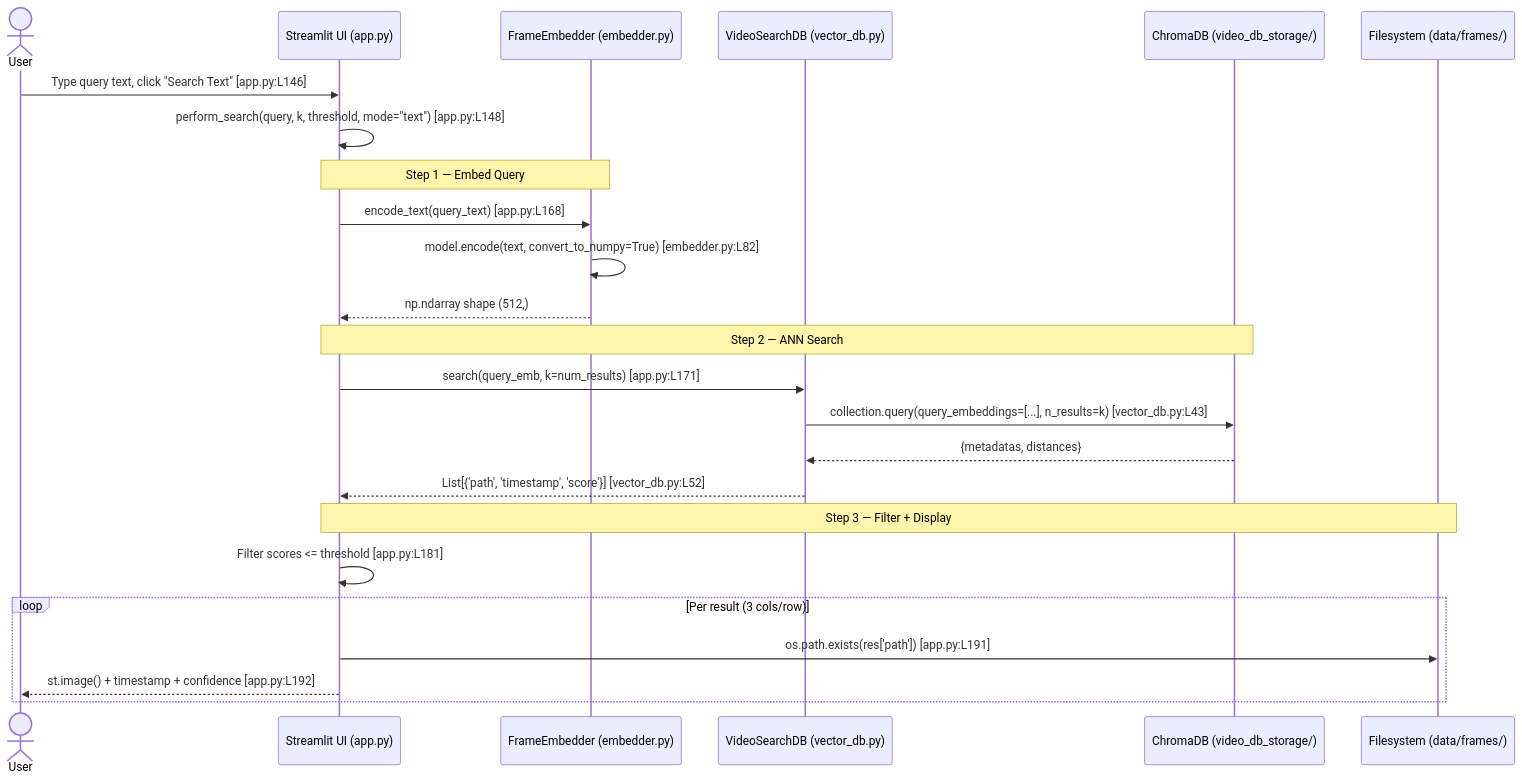
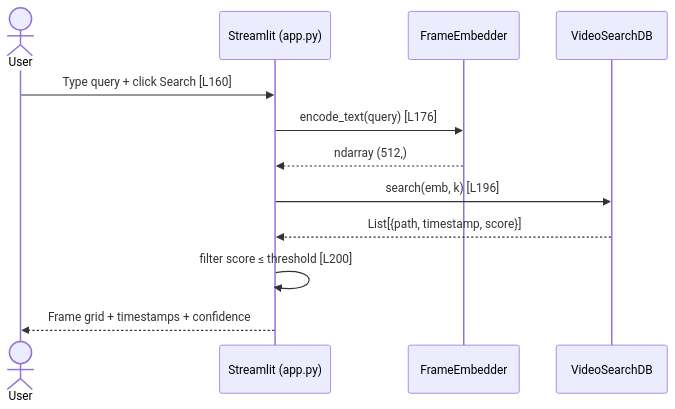
One commit to pypi-ahmad/v-rag-video-search changed the second of 3 diagrams in docs/FLOWS.md. Above: the diagram before and after it, drawn with Mermaid. The commit also changed other lines of this file and 11 other files, not shown here.

````diff
--- a/docs/FLOWS.md
+++ b/docs/FLOWS.md
@@ -66,30 +36,15 @@
 ```mermaid
 sequenceDiagram
     actor User
-    participant UI as Streamlit UI (app.py)
-    participant FE as FrameEmbedder (embedder.py)
-    participant DB as VideoSearchDB (vector_db.py)
-    participant CDB as ChromaDB (video_db_storage/)
-    participant FS as Filesystem (data/frames/)
+    participant UI as Streamlit (app.py)
+    participant FE as FrameEmbedder
+    participant DB as VideoSearchDB
 
-    User->>UI: Type query text, click "Search Text" [app.py:L146]
-    UI->>UI: perform_search(query, k, threshold, mode="text") [app.py:L148]
-
-    Note over UI,FE: Step 1 — Embed Query
-    UI->>FE: encode_text(query_text) [app.py:L168]
-    FE->>FE: model.encode(text, convert_to_numpy=True) [embedder.py:L82]
-    FE-->>UI: np.ndarray shape (512,)
-
-    Note over UI,CDB: Step 2 — ANN Search
-    UI->>DB: search(query_emb, k=num_results) [app.py:L171]
-    DB->>CDB: collection.query(query_embeddings=[...], n_results=k) [vector_db.py:L43]
-    CDB-->>DB: {metadatas, distances}
-    DB-->>UI: List[{'path', 'timestamp', 'score'}] [vector_db.py:L52]
-
-    Note over UI,FS: Step 3 — Filter + Display
-    UI->>UI: Filter scores <= threshold [app.py:L181]
-    loop Per result (3 cols/row)
-        UI->>FS: os.path.exists(res['path']) [app.py:L191]
-        UI-->>User: st.image() + timestamp + confidence [app.py:L192]
-    end
+    User->>UI: Type query + click Search [L160]
+    UI->>FE: encode_text(query) [L176]
+    FE-->>UI: ndarray (512,)
+    UI->>DB: search(emb, k) [L196]
+    DB-->>UI: List[{path, timestamp, score}]
+    UI->>UI: filter score ≤ threshold [L200]
+    UI-->>User: Frame grid + timestamps + confidence
 ```
````
